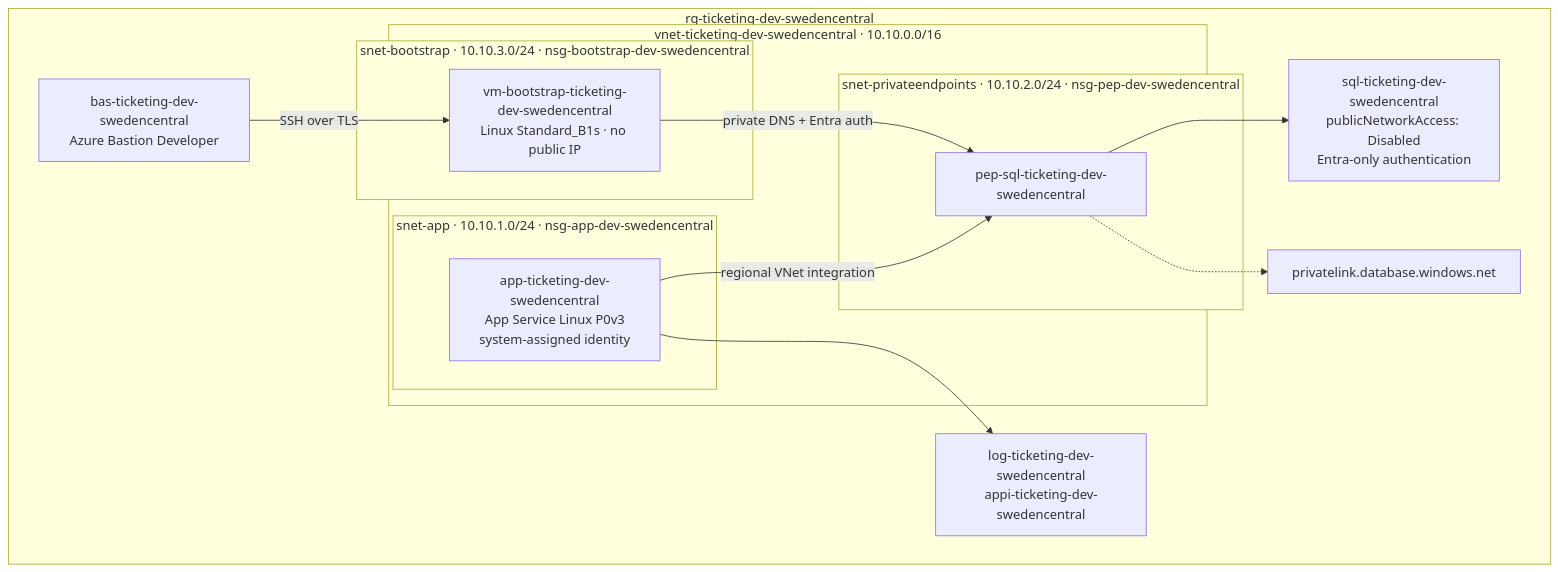
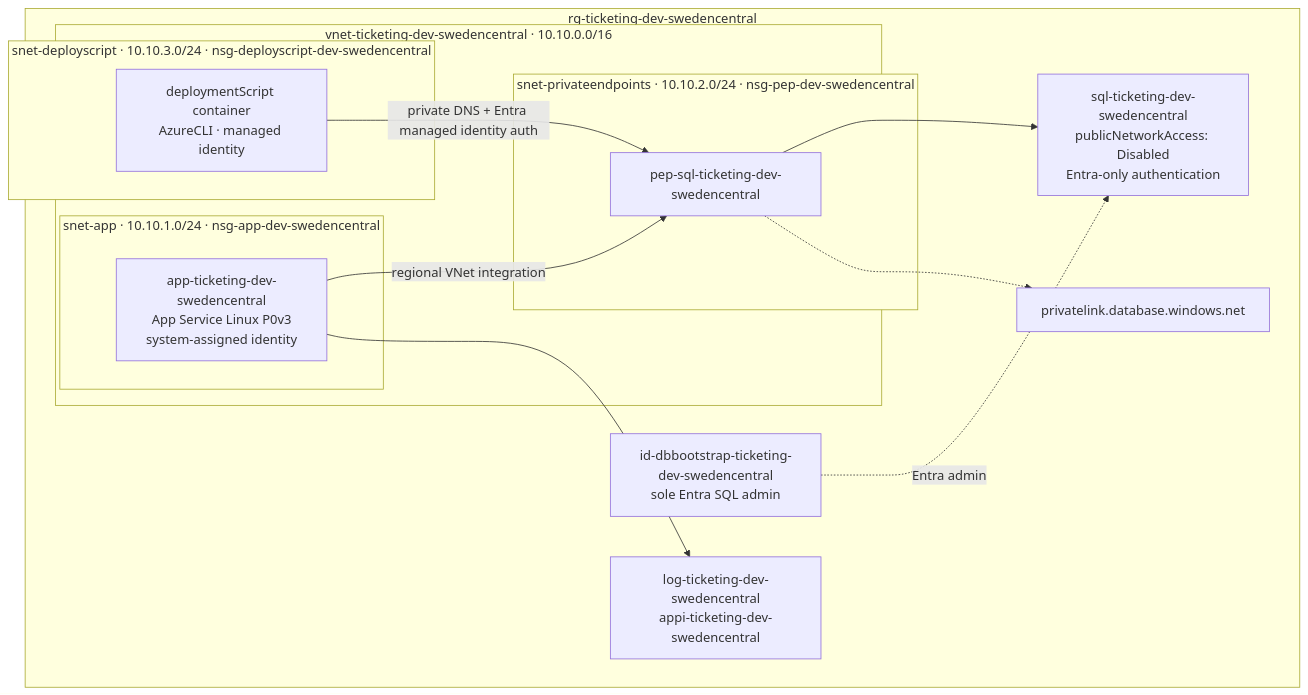
The diagram in docs/concepts/workload.md (donk-msft/AgenticEngineering-Hackathon-Infrastructure), drawn with Mermaid before and after one commit. The commit also changed other lines of this file and 19 other files, not shown here.

First line of the commit message:
Automate DB bootstrap and app deploy; remove VM/Bastion/Key Vault

````diff
--- a/docs/concepts/workload.md
+++ b/docs/concepts/workload.md
@@ -18,26 +18,26 @@
 ```mermaid
 flowchart TB
     subgraph rg["rg-ticketing-dev-swedencentral"]
         subgraph vnet["vnet-ticketing-dev-swedencentral · 10.10.0.0/16"]
             subgraph snetapp["snet-app · 10.10.1.0/24 · nsg-app-dev-swedencentral"]
                 app["app-ticketing-dev-swedencentral<br/>App Service Linux P0v3<br/>system-assigned identity"]
             end
             subgraph snetpe["snet-privateendpoints · 10.10.2.0/24 · nsg-pep-dev-swedencentral"]
                 pep["pep-sql-ticketing-dev-swedencentral"]
             end
-                subgraph snetbootstrap["snet-bootstrap · 10.10.3.0/24 · nsg-bootstrap-dev-swedencentral"]
-                    vm["vm-bootstrap-ticketing-dev-swedencentral<br/>Linux Standard_B1s · no public IP"]
-                end
+            subgraph snetds["snet-deployscript · 10.10.3.0/24 · nsg-deployscript-dev-swedencentral"]
+                bootstrap["deploymentScript container<br/>AzureCLI · managed identity"]
             end
-            bastion["bas-ticketing-dev-swedencentral<br/>Azure Bastion Developer"]
+        end
         sql["sql-ticketing-dev-swedencentral<br/>publicNetworkAccess: Disabled<br/>Entra-only authentication"]
         dns["privatelink.database.windows.net"]
         law["log-ticketing-dev-swedencentral<br/>appi-ticketing-dev-swedencentral"]
+        identity["id-dbbootstrap-ticketing-dev-swedencentral<br/>sole Entra SQL admin"]
     end
     app -->|regional VNet integration| pep
     pep --> sql
     pep -.-> dns
     app --> law
-    bastion -->|SSH over TLS| vm
-    vm -->|private DNS + Entra auth| pep
+    bootstrap -->|private DNS + Entra managed identity auth| pep
+    identity -.->|Entra admin| sql
 ```
````
